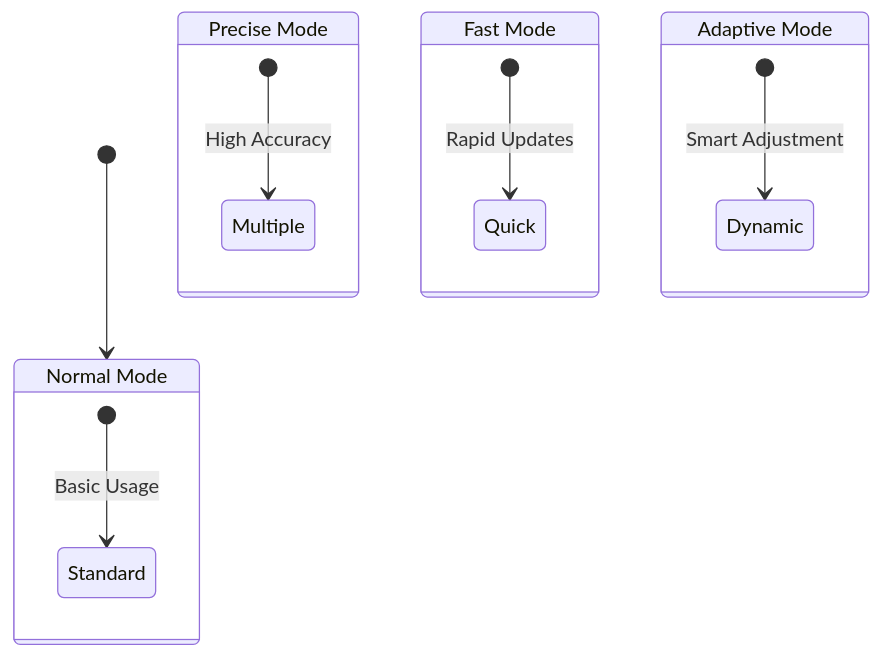
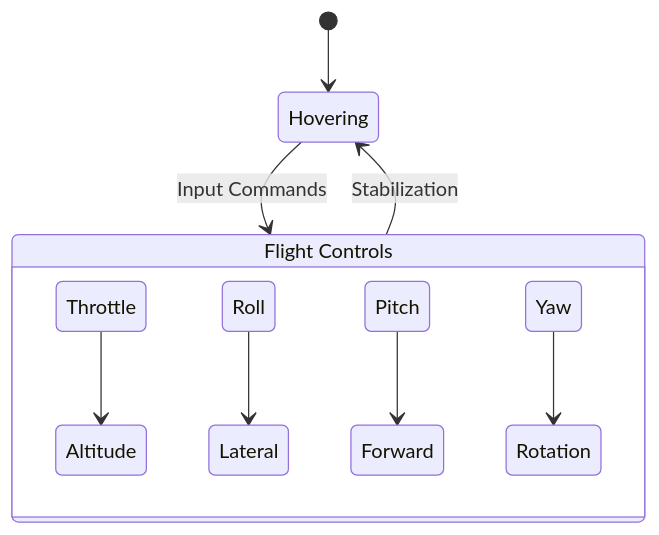
Before and after one commit to khairul-me/QuadcopterFromScratch: the fourth of 7 diagrams in README.md, drawn with Mermaid. The commit also changed other lines of this file, not shown here.

````diff
--- a/README.md
+++ b/README.md
@@ -86,20 +115,14 @@
 ```mermaid
 stateDiagram-v2
-    [*] --> Normal
+    [*] --> Hovering
     
-    state "Normal Mode" as Normal {
-        [*] --> Standard: Basic Usage
+    state "Flight Controls" as FC {
+        Throttle --> Altitude
+        Roll --> Lateral
+        Pitch --> Forward
+        Yaw --> Rotation
     }
     
-    state "Precise Mode" as Precise {
-        [*] --> Multiple: High Accuracy
-    }
-    
-    state "Fast Mode" as Fast {
-        [*] --> Quick: Rapid Updates
-    }
-    
-    state "Adaptive Mode" as Adaptive {
-        [*] --> Dynamic: Smart Adjustment
-    }
+    Hovering --> FC: Input Commands
+    FC --> Hovering: Stabilization
 ```
````
